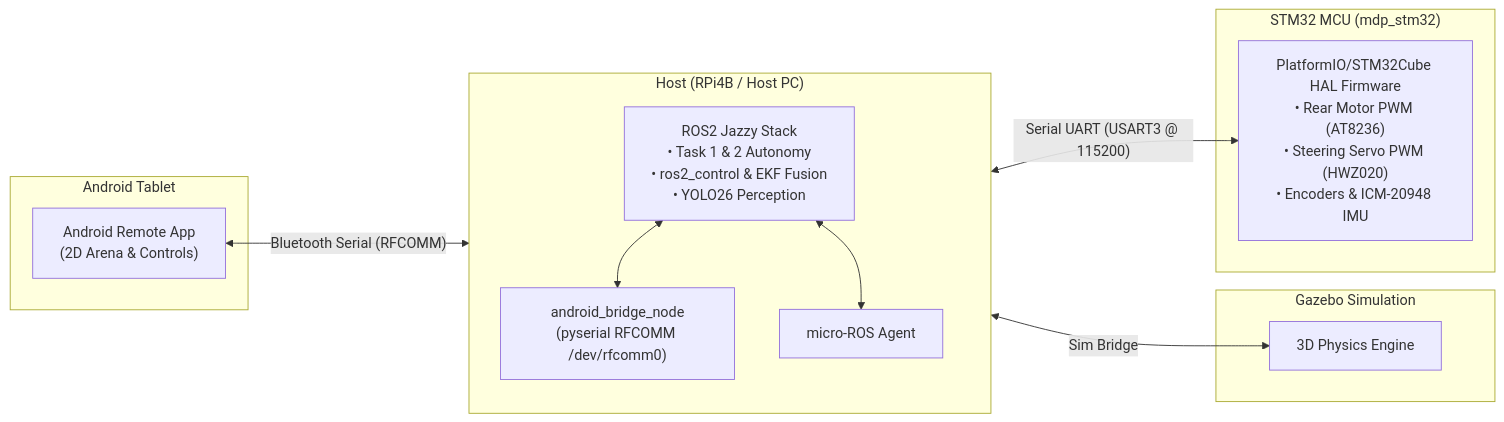
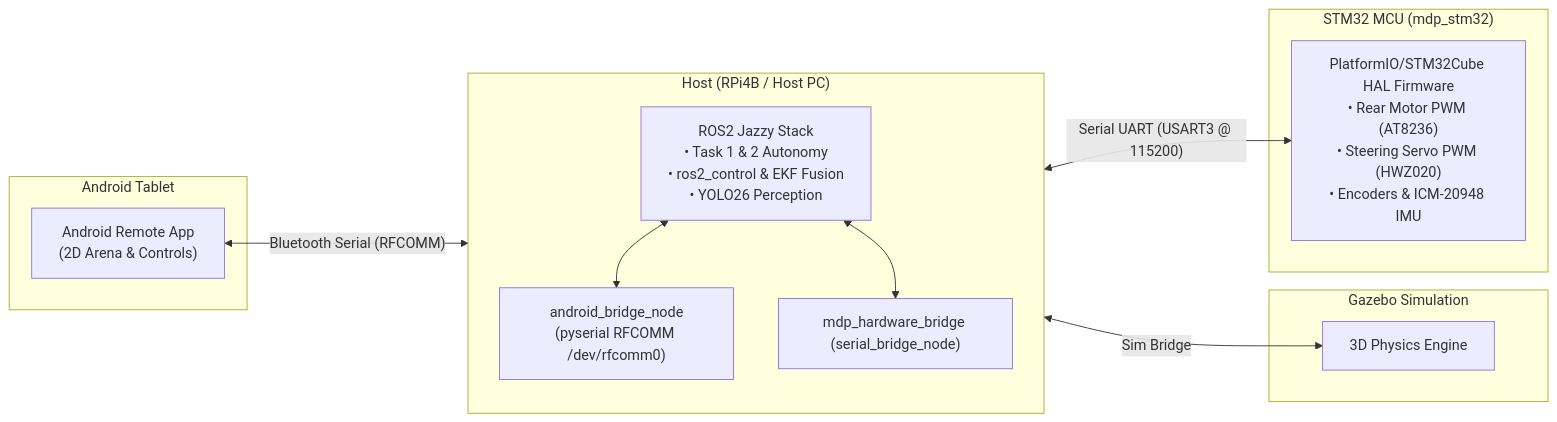
The diagram in docs/index.md (Alvin0523/mdp), drawn with Mermaid before and after one commit. The commit also changed other lines of this file and 7 other files, not shown here.

First line of the commit message:
Add USART3 serial protocol + mdp_hardware_bridge, update docs

````diff
--- a/docs/index.md
+++ b/docs/index.md
@@ -32,27 +32,27 @@
 ```mermaid
 graph LR
   subgraph ANDROID["Android Tablet"]
     APP["Android Remote App<br/>(2D Arena & Controls)"]
   end
 
   subgraph HOST["Host (RPi4B / Host PC)"]
     direction TB
     ROBOTICS["ROS2 Jazzy Stack<br/>• Task 1 & 2 Autonomy<br/>• ros2_control & EKF Fusion<br/>• YOLO26 Perception"]
     BRIDGE["android_bridge_node<br/>(pyserial RFCOMM /dev/rfcomm0)"]
-    AGENT["micro-ROS Agent"]
+    AGENT["mdp_hardware_bridge (serial_bridge_node)"]
     ROBOTICS <--> BRIDGE
     ROBOTICS <--> AGENT
   end
 
   subgraph SIM["Gazebo Simulation"]
     GZ["3D Physics Engine"]
   end
 
   subgraph MCU["STM32 MCU (mdp_stm32)"]
     FIRMWARE["PlatformIO/STM32Cube HAL Firmware<br/>• Rear Motor PWM (AT8236)<br/>• Steering Servo PWM (HWZ020)<br/>• Encoders & ICM-20948 IMU"]
   end
 
   APP <-->|"Bluetooth Serial (RFCOMM)"| BRIDGE
   ROBOTICS <-->|"Sim Bridge"| GZ
   AGENT <-->|"Serial UART (USART3 @ 115200)"| FIRMWARE
 ```
````
